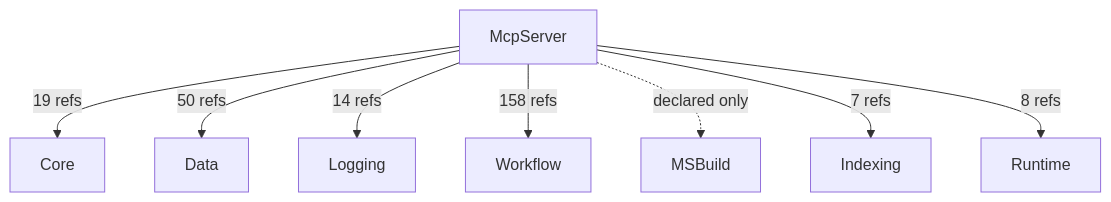
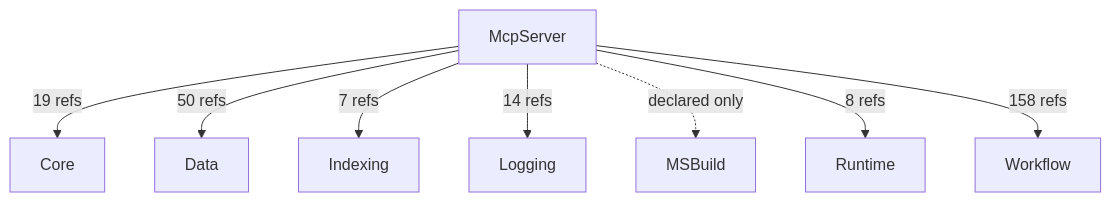
The diagram in GeneratedDocs/components/McpServer.aim.md (rdavi10471a2/AIMonitor), drawn with Mermaid before and after one commit. The commit also changed other lines of this file and 11 other files, not shown here.

First line of the commit message:
Regenerate architecture docs: derive DAG from csproj truth + experimental centrality layering

````diff
--- a/GeneratedDocs/components/McpServer.aim.md
+++ b/GeneratedDocs/components/McpServer.aim.md
@@ -14,10 +14,10 @@
 ```mermaid
 flowchart TB
   McpServer -->|19 refs| Core
   McpServer -->|50 refs| Data
+  McpServer -->|7 refs| Indexing
   McpServer -->|14 refs| Logging
+  McpServer -.->|declared only| MSBuild
+  McpServer -->|8 refs| Runtime
   McpServer -->|158 refs| Workflow
-  McpServer -.->|declared only| MSBuild
-  McpServer -->|7 refs| Indexing
-  McpServer -->|8 refs| Runtime
 ```
````
